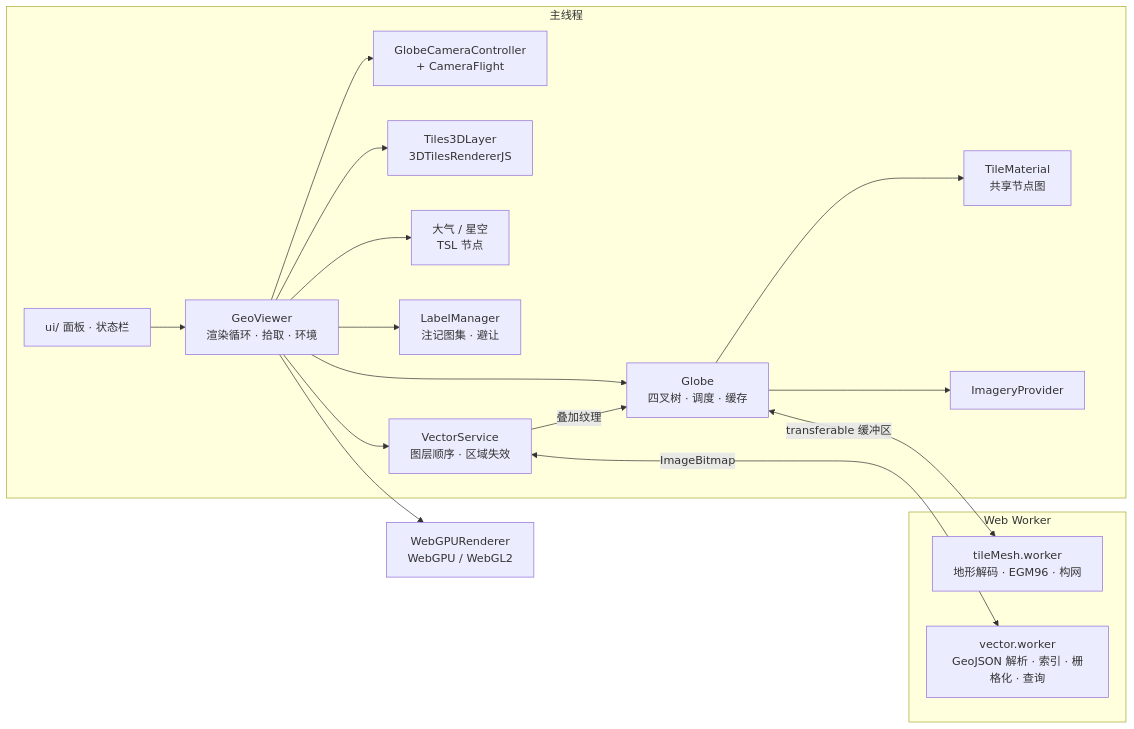
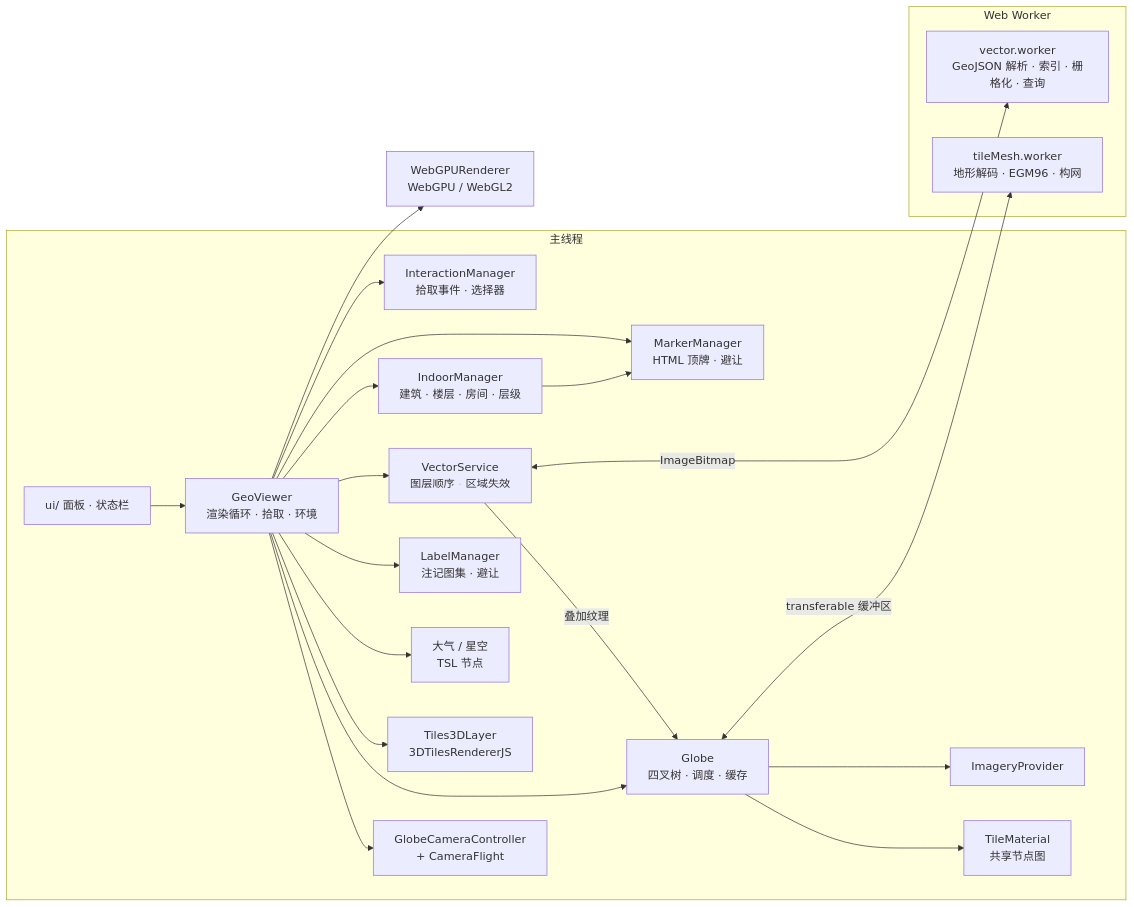
The diagram in README.md (Yoy0o/three-geo-global), drawn with Mermaid before and after one commit. The commit also changed other lines of this file and 7 other files, not shown here.

````diff
--- a/README.md
+++ b/README.md
@@ -100,22 +120,26 @@
 ```mermaid
 flowchart LR
   subgraph Main["主线程"]
     UI["ui/ 面板 · 状态栏"] --> V["GeoViewer<br/>渲染循环 · 拾取 · 环境"]
     V --> C["GlobeCameraController<br/>+ CameraFlight"]
     V --> G["Globe<br/>四叉树 · 调度 · 缓存"]
     V --> T["Tiles3DLayer<br/>3DTilesRendererJS"]
     V --> A["大气 / 星空<br/>TSL 节点"]
     V --> L["LabelManager<br/>注记图集 · 避让"]
     V --> VS["VectorService<br/>图层顺序 · 区域失效"]
+    V --> IN["IndoorManager<br/>建筑 · 楼层 · 房间 · 层级"]
+    V --> MK["MarkerManager<br/>HTML 顶牌 · 避让"]
+    V --> IA["InteractionManager<br/>拾取事件 · 选择器"]
+    IN --> MK
     G --> M["TileMaterial<br/>共享节点图"]
     G --> I["ImageryProvider"]
     VS -->|"叠加纹理"| G
   end
   subgraph Workers["Web Worker"]
     W["tileMesh.worker<br/>地形解码 · EGM96 · 构网"]
     VW["vector.worker<br/>GeoJSON 解析 · 索引 · 栅格化 · 查询"]
   end
   G <-->|"transferable 缓冲区"| W
   VS <-->|"ImageBitmap"| VW
   V --> R["WebGPURenderer<br/>WebGPU / WebGL2"]
 ```
````
